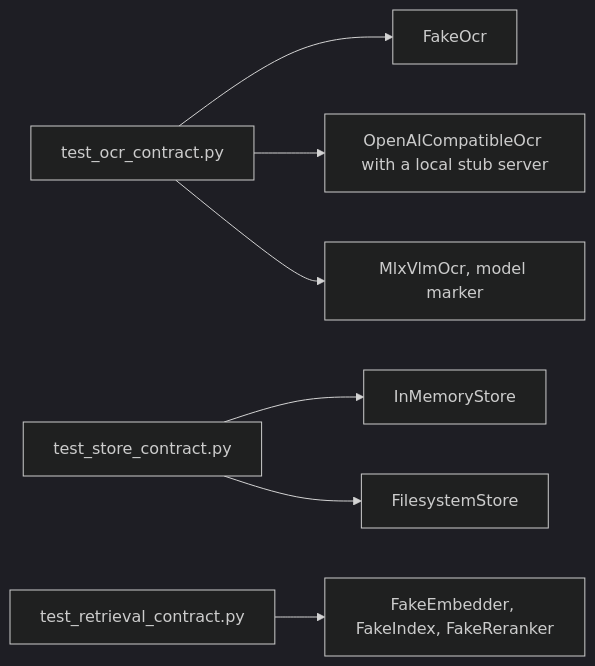
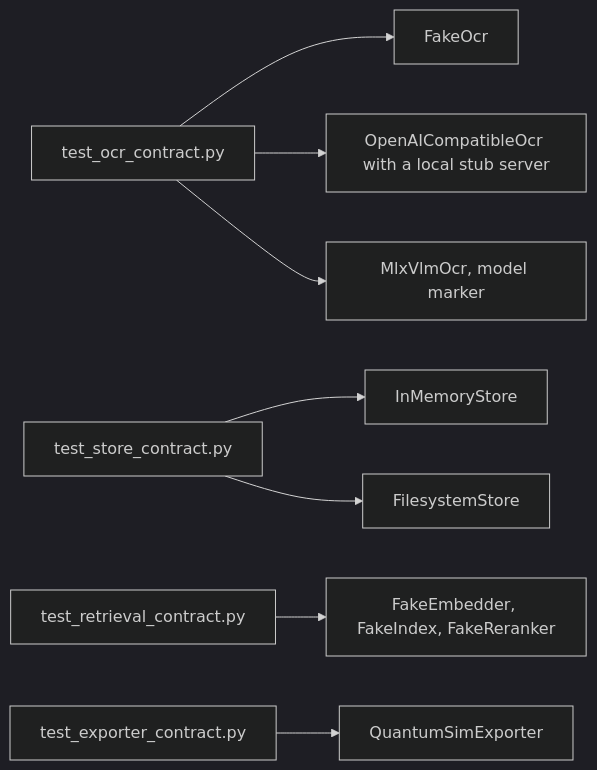
Before and after one commit to JorgeECadena/research-engine: the fourth of 4 diagrams in packages/docingest/tests/README.md, drawn with Mermaid (dark theme). The commit also changed other lines of this file and 30 other files, not shown here.

````diff
--- a/packages/docingest/tests/README.md
+++ b/packages/docingest/tests/README.md
@@ -428,9 +429,10 @@
 ```mermaid
 flowchart LR
     OT["test_ocr_contract.py"] --> F1["FakeOcr"]
     OT --> F2["OpenAICompatibleOcr with a local stub server"]
     OT --> F3["MlxVlmOcr, model marker"]
     ST["test_store_contract.py"] --> S1["InMemoryStore"]
     ST --> S2["FilesystemStore"]
     RT["test_retrieval_contract.py"] --> R1["FakeEmbedder, FakeIndex, FakeReranker"]
+    XT["test_exporter_contract.py"] --> X1["QuantumSimExporter"]
 ```
````
